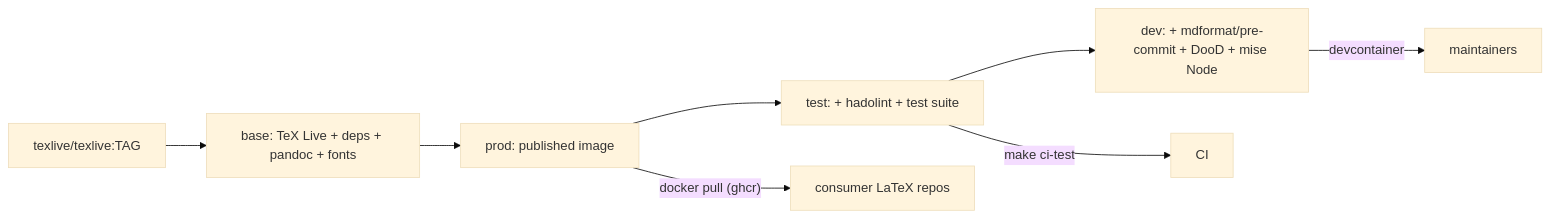
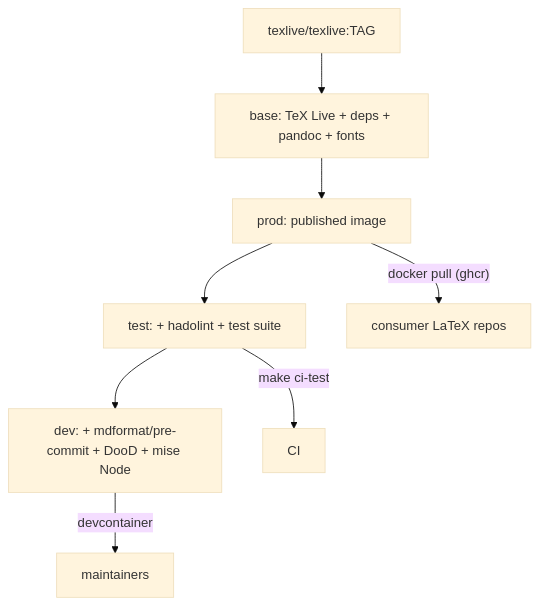
The diagram in README.md (Vesynta/latex-infrastructure), drawn with Mermaid (base theme) before and after one commit. The commit also changed other lines of this file and 3 other files, not shown here.

````diff
--- a/README.md
+++ b/README.md
@@ -29,10 +33,10 @@
 ```mermaid
-flowchart LR
+flowchart TB
   src["texlive/texlive:TAG"] --> base["base: TeX Live + deps + pandoc + fonts"]
   base --> prod["prod: published image"]
   prod --> test["test: + hadolint + test suite"]
   test --> dev["dev: + mdformat/pre-commit + DooD + mise Node"]
   prod -->|"docker pull (ghcr)"| consumers["consumer LaTeX repos"]
   dev -->|"devcontainer"| maint["maintainers"]
   test -->|"make ci-test"| ci["CI"]
 ```
````
